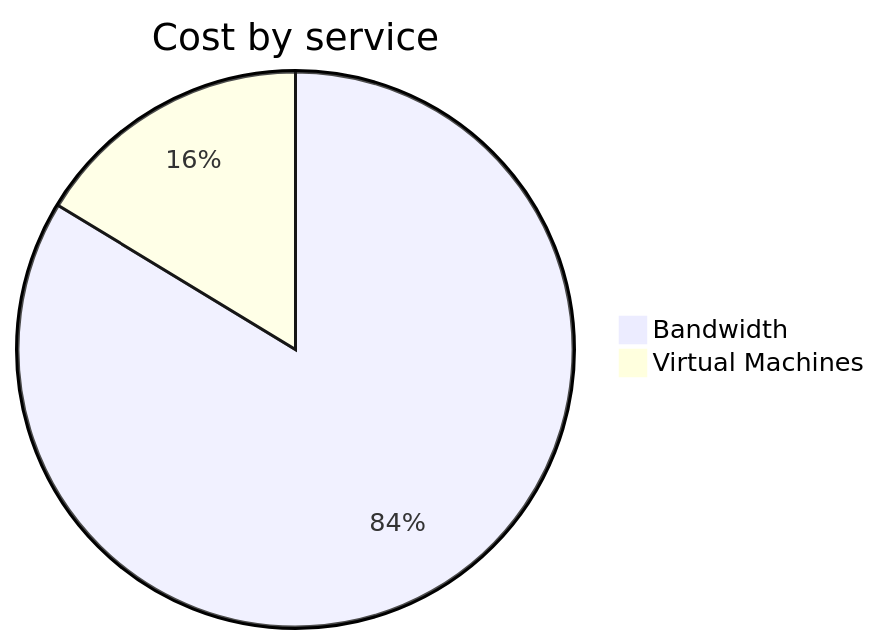
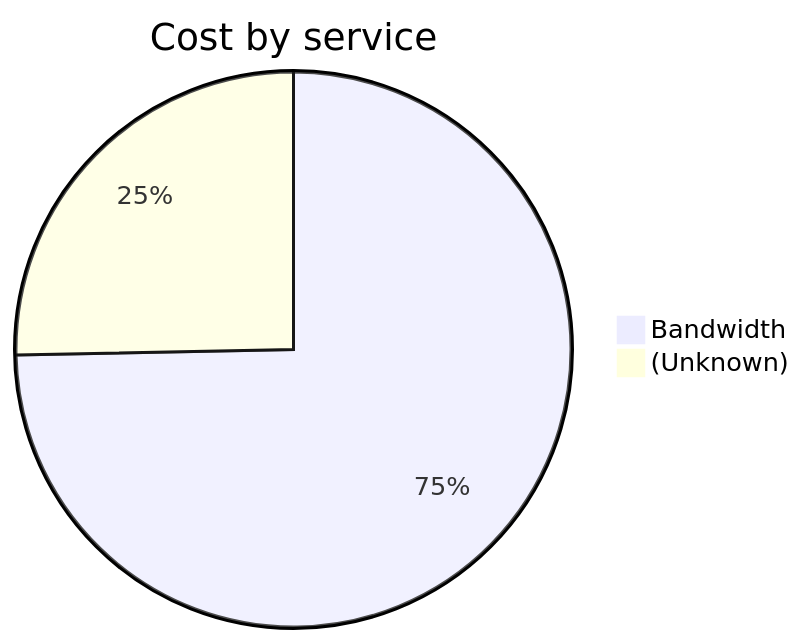
The second of 4 diagrams in cost-reports/personal-network/vpn-server.md (jpfulton/azure-personal-reports), drawn with Mermaid before and after one commit. The commit also changed other lines of this file and 8 other files, not shown here.

````diff
--- a/cost-reports/personal-network/vpn-server.md
+++ b/cost-reports/personal-network/vpn-server.md
@@ -96,6 +96,6 @@
 ```mermaid
 pie
    title Cost by service
    "Bandwidth" : 1.18
-   "Virtual Machines" : 0.23
+   "(Unknown)" : 0.40
 ```
````
